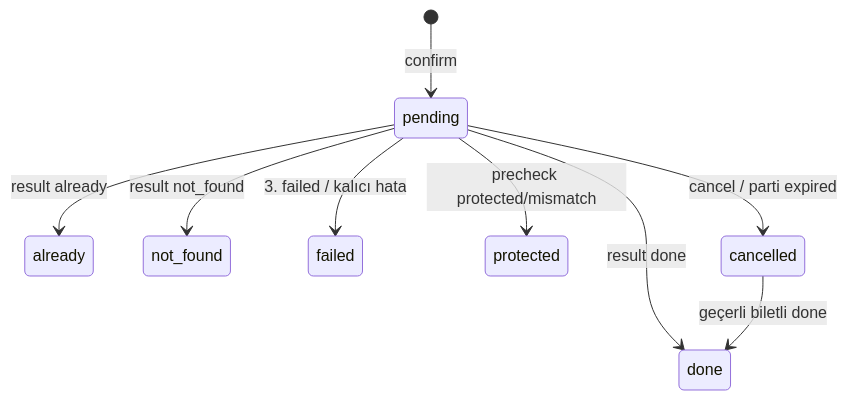
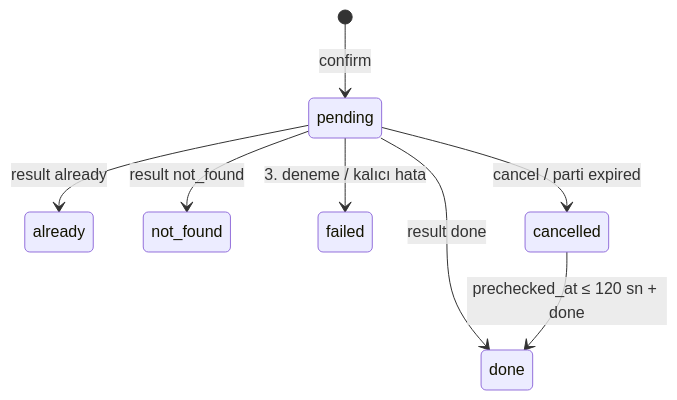
The third of 6 diagrams in docs/specs/SPEC-001-kaydedilen-ve-dm-temizleme.md (GktuOktay/InstaAnalytic), drawn with Mermaid before and after one commit. The commit also changed other lines of this file and 13 other files, not shown here.

````diff
--- a/docs/specs/SPEC-001-kaydedilen-ve-dm-temizleme.md
+++ b/docs/specs/SPEC-001-kaydedilen-ve-dm-temizleme.md
@@ -449,11 +895,10 @@
 ```mermaid
 stateDiagram-v2
   [*] --> pending: confirm
   pending --> done: result done
   pending --> already: result already
   pending --> not_found: result not_found
-  pending --> failed: 3. failed / kalıcı hata
-  pending --> protected: precheck protected/mismatch
+  pending --> failed: 3. deneme / kalıcı hata
   pending --> cancelled: cancel / parti expired
-  cancelled --> done: geçerli biletli done
+  cancelled --> done: prechecked_at ≤ 120 sn + done
 ```
````
